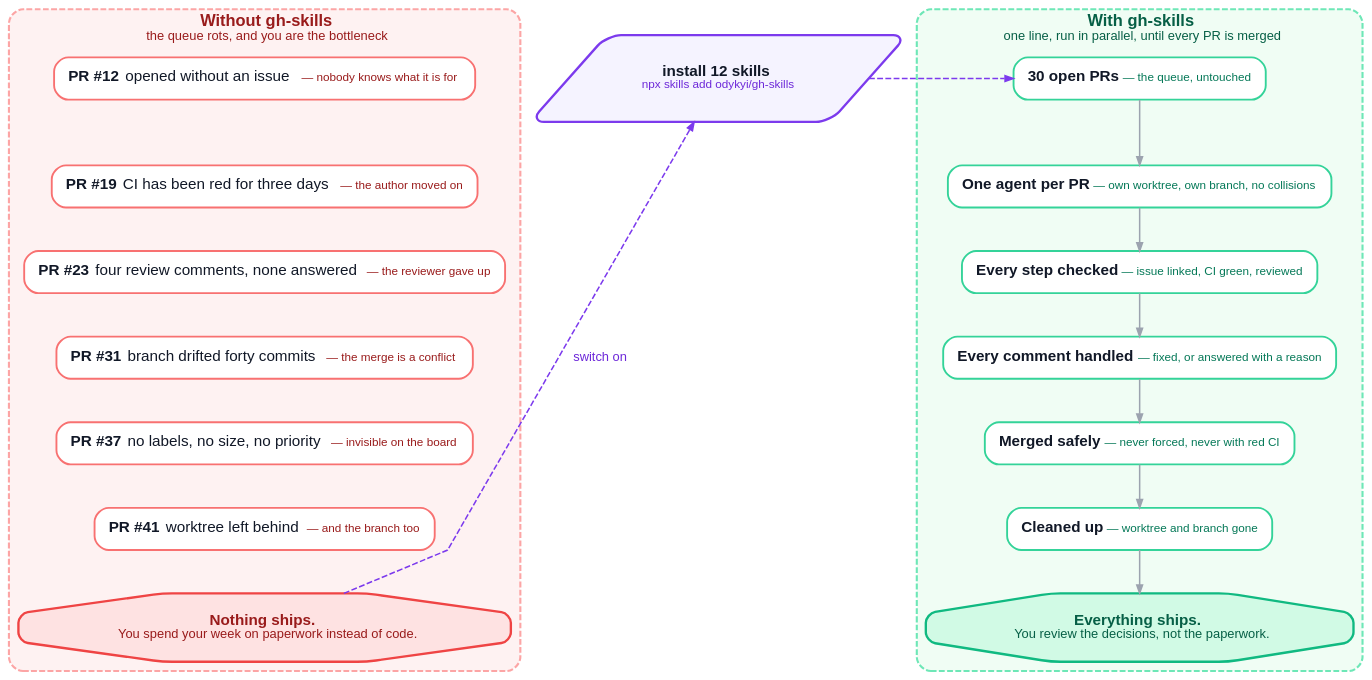
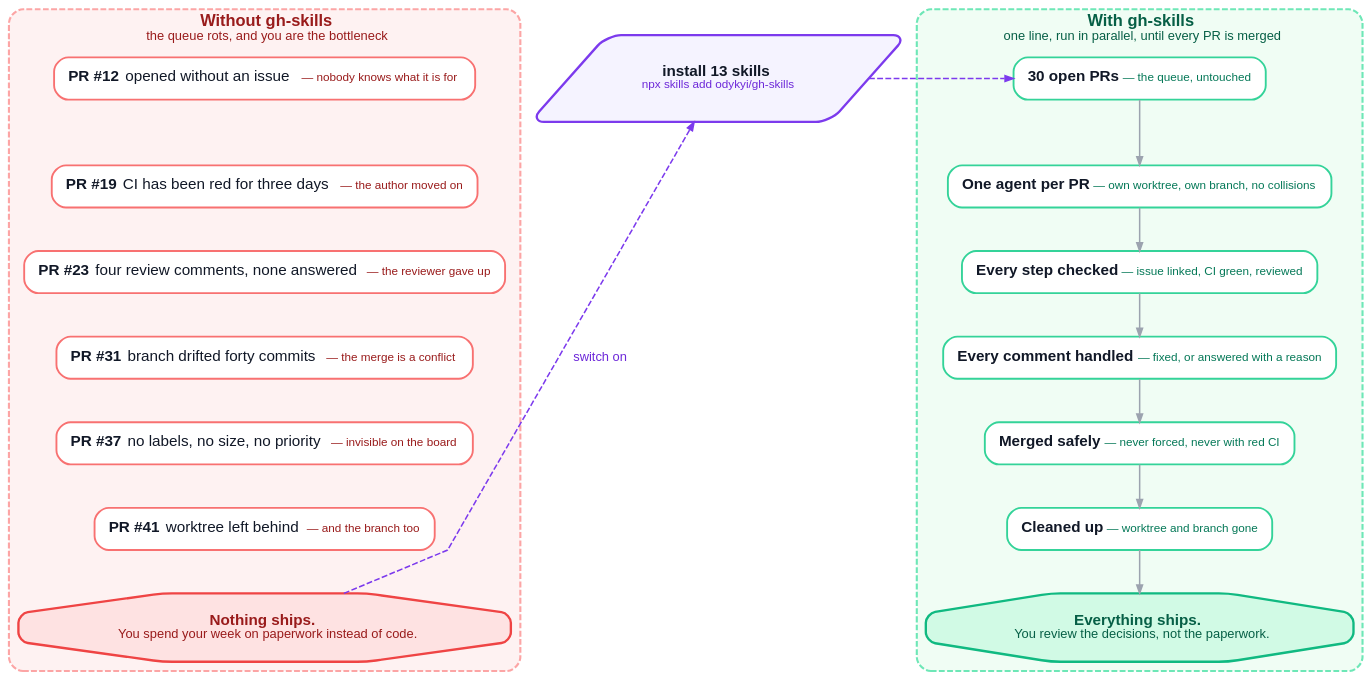
The diagram in assets/before-after.dot (kburym/gh-skills), drawn with Graphviz before and after one commit. The commit also changed 7 other files, not shown here.

First line of the commit message:
Update docs and diagrams for pr-queue-digest

```diff
--- a/assets/before-after.dot
+++ b/assets/before-after.dot
@@ -1,75 +1,75 @@
 // gh-skills — before and after: the same queue, two ways to run it.
 // Render:  ./assets/build-diagram.sh   (dot + animated-SVG injection)
 // Source of truth: this file. The SVG in assets/ is generated from it.
 digraph BEFORE_AFTER {
   rankdir=TB;
   splines=polyline;
   bgcolor="transparent";
   pad="0.35";
   nodesep="0.30";
   ranksep="0.50";
   fontname="Helvetica,Arial,sans-serif";
 
   node [shape=box, style="rounded,filled", fontname="Helvetica,Arial,sans-serif",
         fontsize=13, fontcolor="#111827", color="#4F46E5", fillcolor="#EEF2FF",
         penwidth=1.6, margin="0.16,0.10"];
   edge [color="#9CA3AF", fontname="Helvetica,Arial,sans-serif", fontsize=11,
         fontcolor="#6B7280", arrowsize=0.7, penwidth=1.3];
 
   // ================= BEFORE =================
   subgraph cluster_before {
     label=<<b>Without gh-skills</b><br/><font point-size="11" color="#991B1B">the queue rots, and you are the bottleneck</font>>;
     fontname="Helvetica,Arial,sans-serif"; fontsize=14; fontcolor="#991B1B";
     color="#FCA5A5"; style="rounded,dashed"; penwidth=1.8; bgcolor="#FEF2F2";
 
     b1 [label=<<b>PR #12</b> &nbsp;opened without an issue<font point-size="10" color="#991B1B"> — nobody knows what it is for</font>>,
         fillcolor="#FFFFFF", color="#F87171"];
     b2 [label=<<b>PR #19</b> &nbsp;CI has been red for three days<font point-size="10" color="#991B1B"> — the author moved on</font>>,
         fillcolor="#FFFFFF", color="#F87171"];
     b3 [label=<<b>PR #23</b> &nbsp;four review comments, none answered<font point-size="10" color="#991B1B"> — the reviewer gave up</font>>,
         fillcolor="#FFFFFF", color="#F87171"];
     b4 [label=<<b>PR #31</b> &nbsp;branch drifted forty commits<font point-size="10" color="#991B1B"> — the merge is a conflict</font>>,
         fillcolor="#FFFFFF", color="#F87171"];
     b5 [label=<<b>PR #37</b> &nbsp;no labels, no size, no priority<font point-size="10" color="#991B1B"> — invisible on the board</font>>,
         fillcolor="#FFFFFF", color="#F87171"];
     b6 [label=<<b>PR #41</b> &nbsp;worktree left behind<font point-size="10" color="#991B1B"> — and the branch too</font>>,
         fillcolor="#FFFFFF", color="#F87171"];
 
     b_verdict [label=<<b>Nothing ships.</b><br/><font point-size="11" color="#991B1B">You spend your week on paperwork instead of code.</font>>,
                shape=octagon, fillcolor="#FEE2E2", color="#EF4444", fontcolor="#991B1B", penwidth=2];
 
     b1 -> b2 -> b3 -> b4 -> b5 -> b6 -> b_verdict [style=invis];
   }
 
   // ================= AFTER =================
   subgraph cluster_after {
     label=<<b>With gh-skills</b><br/><font point-size="11" color="#065F46">one line, run in parallel, until every PR is merged</font>>;
     fontname="Helvetica,Arial,sans-serif"; fontsize=14; fontcolor="#065F46";
     color="#6EE7B7"; style="rounded,dashed"; penwidth=1.8; bgcolor="#F0FDF4";
 
     a1 [label=<<b>30 open PRs</b><font point-size="10" color="#047857"> — the queue, untouched</font>>,
         fillcolor="#FFFFFF", color="#34D399"];
     a2 [label=<<b>One agent per PR</b><font point-size="10" color="#047857"> — own worktree, own branch, no collisions</font>>,
         fillcolor="#FFFFFF", color="#34D399"];
     a3 [label=<<b>Every step checked</b><font point-size="10" color="#047857"> — issue linked, CI green, reviewed</font>>,
         fillcolor="#FFFFFF", color="#34D399"];
     a4 [label=<<b>Every comment handled</b><font point-size="10" color="#047857"> — fixed, or answered with a reason</font>>,
         fillcolor="#FFFFFF", color="#34D399"];
     a5 [label=<<b>Merged safely</b><font point-size="10" color="#047857"> — never forced, never with red CI</font>>,
         fillcolor="#FFFFFF", color="#34D399"];
     a6 [label=<<b>Cleaned up</b><font point-size="10" color="#047857"> — worktree and branch gone</font>>,
         fillcolor="#FFFFFF", color="#34D399"];
 
     a_verdict [label=<<b>Everything ships.</b><br/><font point-size="11" color="#065F46">You review the decisions, not the paperwork.</font>>,
                shape=octagon, fillcolor="#D1FAE5", color="#10B981", fontcolor="#065F46", penwidth=2];
 
     a1 -> a2 -> a3 -> a4 -> a5 -> a6 -> a_verdict;
   }
 
   // ================= THE SWITCH =================
-  switch [label=<<b>install 12 skills</b><br/><font point-size="10" color="#6D28D9">npx skills add odykyi/gh-skills</font>>,
+  switch [label=<<b>install 13 skills</b><br/><font point-size="10" color="#6D28D9">npx skills add odykyi/gh-skills</font>>,
           shape=parallelogram, fillcolor="#F5F3FF", color="#7C3AED", penwidth=2];
 
   b_verdict -> switch [style=dashed, color="#7C3AED", fontcolor="#6D28D9", label=" switch on ", constraint=false];
   switch -> a1 [style=dashed, color="#7C3AED", fontcolor="#6D28D9", constraint=false];
 }
```
